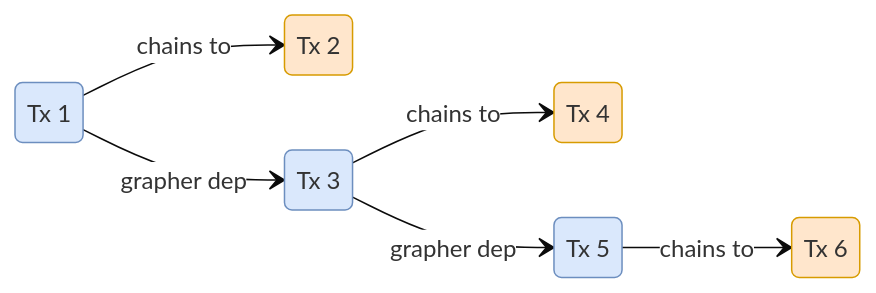
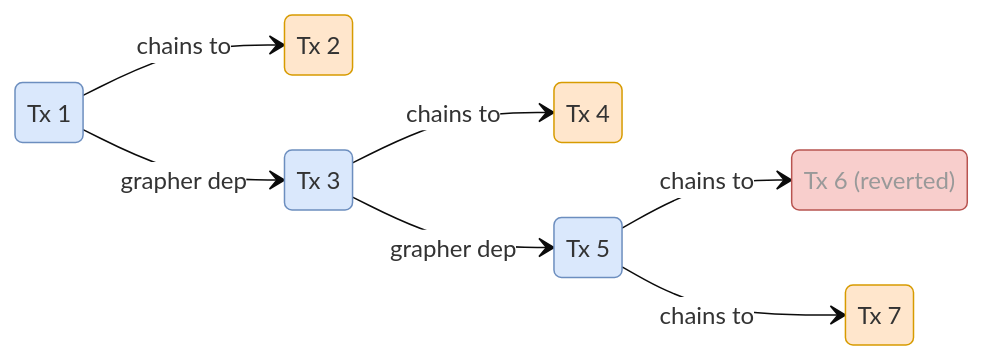
Before and after one commit to yosrahelal/paladin: the fourth of 5 diagrams in doc-site/docs/architecture/distributed_sequencer_dependency_handling.md, drawn with Mermaid. The commit also changed other lines of this file and 11 other files, not shown here.

````diff
--- a/doc-site/docs/architecture/distributed_sequencer_dependency_handling.md
+++ b/doc-site/docs/architecture/distributed_sequencer_dependency_handling.md
@@ -141,24 +141,28 @@
 ```mermaid
 %%{init: {'theme': 'base', 'themeVariables': {'edgeLabelBackground': '#ffffff'}}}%%
 stateDiagram-v2
     direction LR
 
     classDef parentCls fill:#dae8fc,stroke:#6c8ebf,color:#333
     classDef chainedCls fill:#ffe6cc,stroke:#d79b00,color:#333
+    classDef failedCls fill:#f8cecc,stroke:#b85450,color:#999
 
     Tx1 : Tx 1
     Tx2 : Tx 2
     Tx3 : Tx 3
     Tx4 : Tx 4
     Tx5 : Tx 5
-    Tx6 : Tx 6
+    Tx6 : Tx 6 (reverted)
+    Tx7 : Tx 7
 
     class Tx1,Tx3,Tx5 parentCls
-    class Tx2,Tx4,Tx6 chainedCls
+    class Tx2,Tx4,Tx7 chainedCls
+    class Tx6 failedCls
 
     Tx1 --> Tx2 : chains to
     Tx1 --> Tx3 : grapher dep
     Tx3 --> Tx4 : chains to
     Tx3 --> Tx5 : grapher dep
     Tx5 --> Tx6 : chains to
+    Tx5 --> Tx7 : chains to
 ```
````
